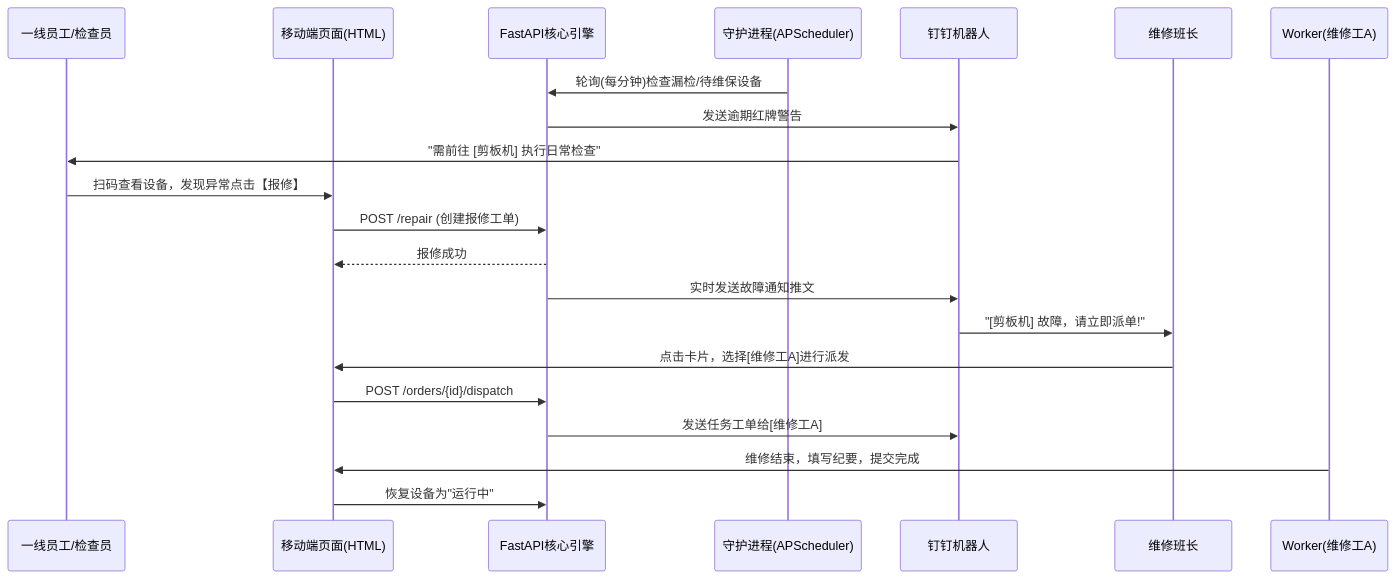
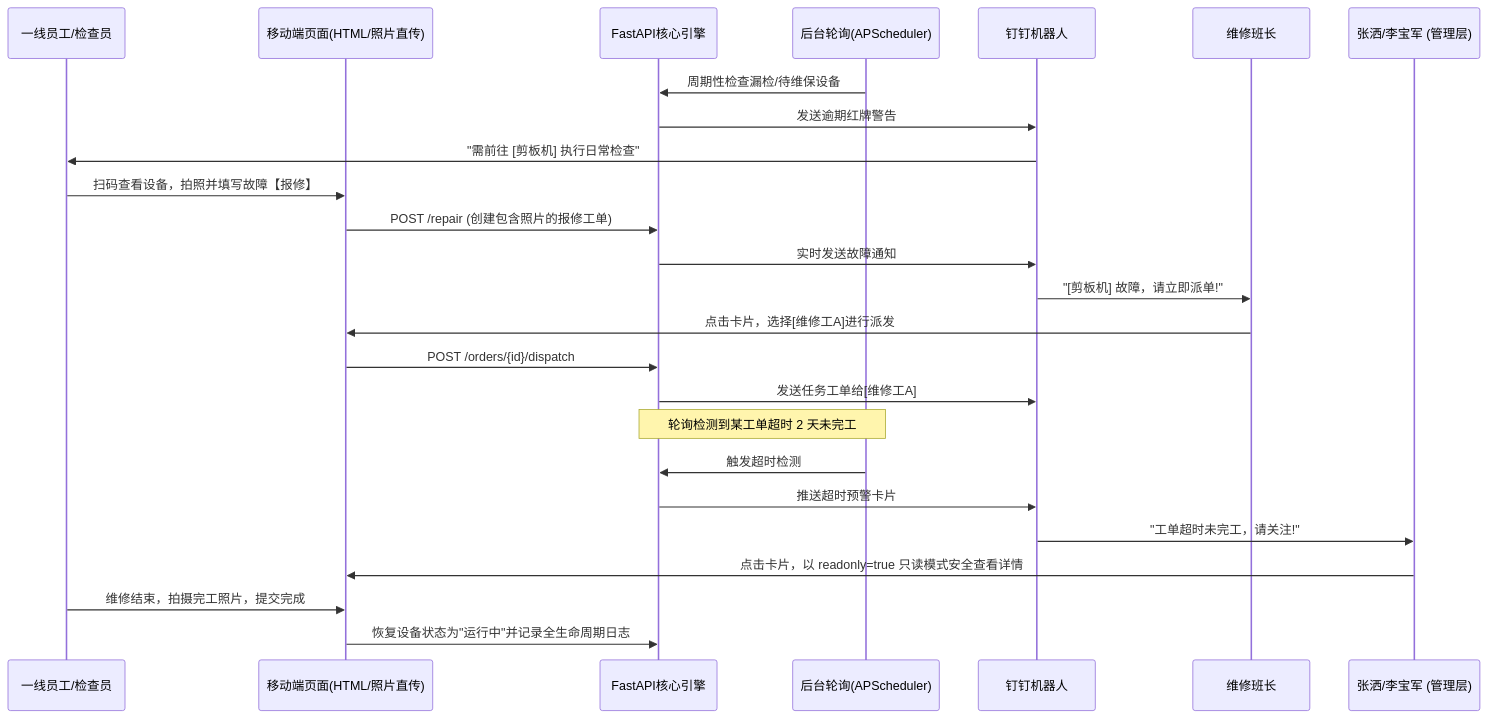
One commit to zhangsa69/Equipment-Management-System changed the diagram in README.md. Above: the diagram before and after it, drawn with Mermaid. The commit also changed other lines of this file and 2 other files, not shown here.

````diff
--- a/README.md
+++ b/README.md
@@ -60,26 +78,32 @@
 ```mermaid
 sequenceDiagram
     participant Worker as 一线员工/检查员
-    participant Mobile as 移动端页面(HTML)
+    participant Mobile as 移动端页面(HTML/照片直传)
     participant Server as FastAPI核心引擎
-    participant Schedule as 守护进程(APScheduler)
+    participant Schedule as 后台轮询(APScheduler)
     participant DingTalk as 钉钉机器人
     participant Leader as 维修班长
+    participant Manager as 张洒/李宝军 (管理层)
 
-    Schedule->>Server: 轮询(每分钟)检查漏检/待维保设备
+    Schedule->>Server: 周期性检查漏检/待维保设备
     Server->>DingTalk: 发送逾期红牌警告
     DingTalk->>Worker: "需前往 [剪板机] 执行日常检查"
 
-    Worker->>Mobile: 扫码查看设备，发现异常点击【报修】
-    Mobile->>Server: POST /repair (创建报修工单)
-    Server-->>Mobile: 报修成功
-    Server->>DingTalk: 实时发送故障通知推文
+    Worker->>Mobile: 扫码查看设备，拍照并填写故障【报修】
+    Mobile->>Server: POST /repair (创建包含照片的报修工单)
+    Server->>DingTalk: 实时发送故障通知
     DingTalk->>Leader: "[剪板机] 故障，请立即派单!"
     
     Leader->>Mobile: 点击卡片，选择[维修工A]进行派发
     Mobile->>Server: POST /orders/{id}/dispatch
     Server->>DingTalk: 发送任务工单给[维修工A]
     
-    Worker(维修工A)->>Mobile: 维修结束，填写纪要，提交完成
-    Mobile->>Server: 恢复设备为"运行中"
+    Note over Schedule, Server: 轮询检测到某工单超时 2 天未完工
+    Schedule->>Server: 触发超时检测
+    Server->>DingTalk: 推送超时预警卡片
+    DingTalk->>Manager: "工单超时未完工，请关注!"
+    Manager->>Mobile: 点击卡片，以 readonly=true 只读模式安全查看详情
+
+    Worker->>Mobile: 维修结束，拍摄完工照片，提交完成
+    Mobile->>Server: 恢复设备状态为"运行中"并记录全生命周期日志
 ```
````
